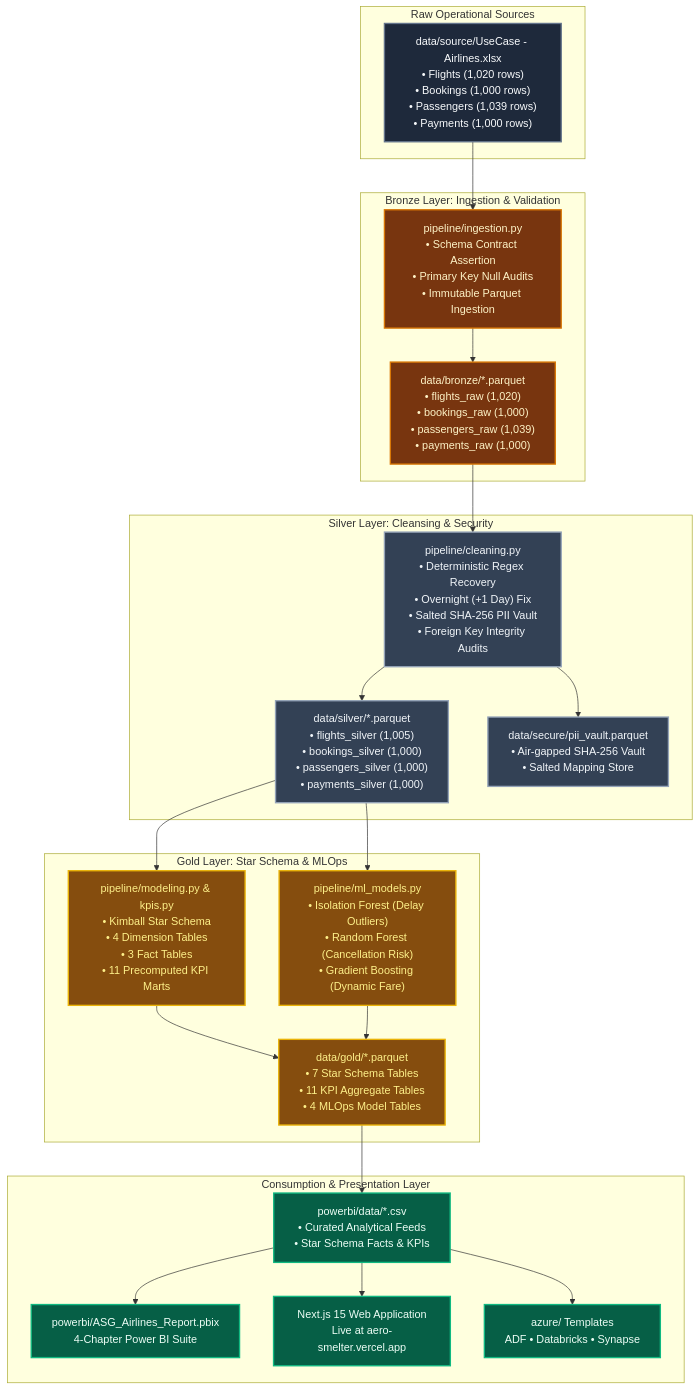
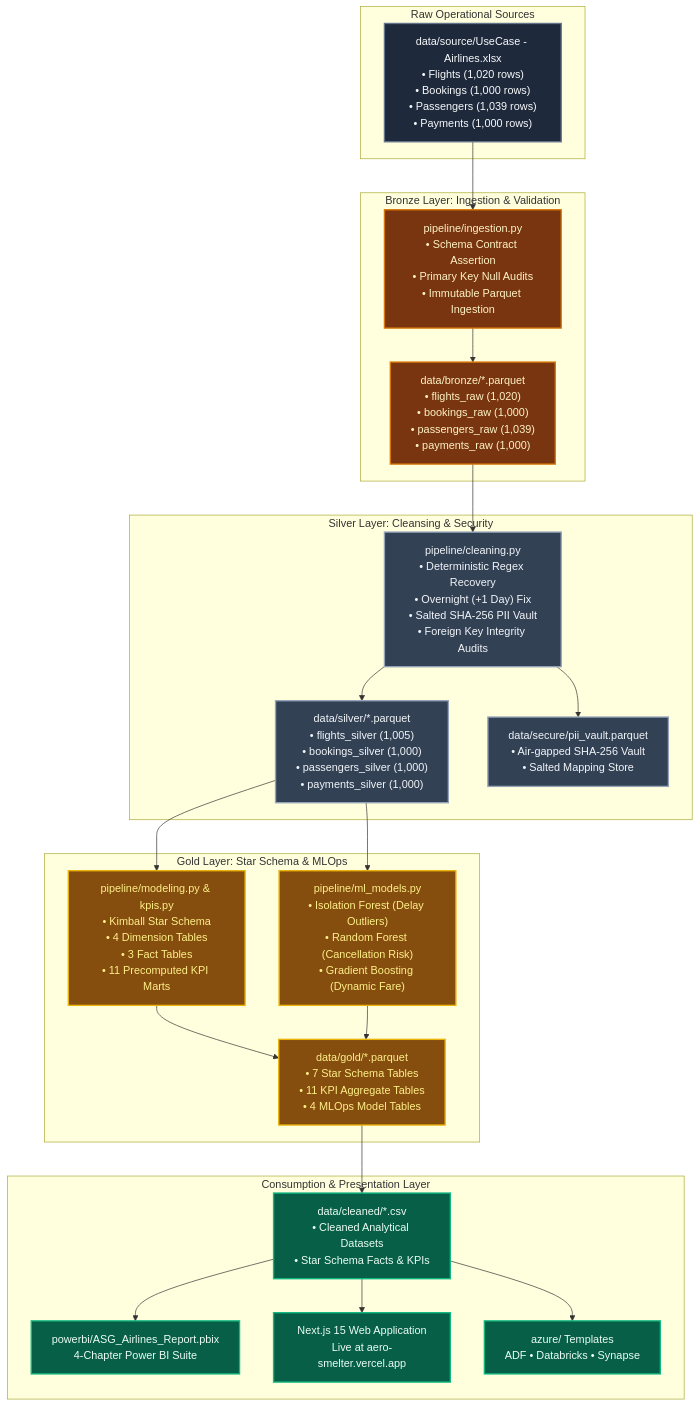
Before and after one commit to darshan-gowdaa/aero-smelter: the first of 6 diagrams in README.md, drawn with Mermaid. The commit also changed other lines of this file and 41 other files, not shown here.

````diff
--- a/README.md
+++ b/README.md
@@ -41,54 +42,54 @@
 ```mermaid
 graph TD
     subgraph S1["Raw Operational Sources"]
         EXCEL["data/source/UseCase - Airlines.xlsx<br/>• Flights (1,020 rows)<br/>• Bookings (1,000 rows)<br/>• Passengers (1,039 rows)<br/>• Payments (1,000 rows)"]
     end
 
     subgraph S2["Bronze Layer: Ingestion & Validation"]
         INGEST["pipeline/ingestion.py<br/>• Schema Contract Assertion<br/>• Primary Key Null Audits<br/>• Immutable Parquet Ingestion"]
         BRONZE_PARQUET["data/bronze/*.parquet<br/>• flights_raw (1,020)<br/>• bookings_raw (1,000)<br/>• passengers_raw (1,039)<br/>• payments_raw (1,000)"]
     end
 
     subgraph S3["Silver Layer: Cleansing & Security"]
         CLEAN["pipeline/cleaning.py<br/>• Deterministic Regex Recovery<br/>• Overnight (+1 Day) Fix<br/>• Salted SHA-256 PII Vault<br/>• Foreign Key Integrity Audits"]
         SILVER_PARQUET["data/silver/*.parquet<br/>• flights_silver (1,005)<br/>• bookings_silver (1,000)<br/>• passengers_silver (1,000)<br/>• payments_silver (1,000)"]
         VAULT["data/secure/pii_vault.parquet<br/>• Air-gapped SHA-256 Vault<br/>• Salted Mapping Store"]
     end
 
     subgraph S4["Gold Layer: Star Schema & MLOps"]
         MODEL["pipeline/modeling.py & kpis.py<br/>• Kimball Star Schema<br/>• 4 Dimension Tables<br/>• 3 Fact Tables<br/>• 11 Precomputed KPI Marts"]
         ML["pipeline/ml_models.py<br/>• Isolation Forest (Delay Outliers)<br/>• Random Forest (Cancellation Risk)<br/>• Gradient Boosting (Dynamic Fare)"]
         GOLD_PARQUET["data/gold/*.parquet<br/>• 7 Star Schema Tables<br/>• 11 KPI Aggregate Tables<br/>• 4 MLOps Model Tables"]
     end
 
     subgraph S5["Consumption & Presentation Layer"]
-        PBI_EXP["powerbi/data/*.csv<br/>• Curated Analytical Feeds<br/>• Star Schema Facts & KPIs"]
+        PBI_EXP["data/cleaned/*.csv<br/>• Cleaned Analytical Datasets<br/>• Star Schema Facts & KPIs"]
         PBI["powerbi/ASG_Airlines_Report.pbix<br/>4-Chapter Power BI Suite"]
         WEB["Next.js 15 Web Application<br/>Live at aero-smelter.vercel.app"]
         AZURE["azure/ Templates<br/>ADF • Databricks • Synapse"]
     end
 
     EXCEL --> INGEST --> BRONZE_PARQUET --> CLEAN
     CLEAN --> SILVER_PARQUET
     CLEAN --> VAULT
     SILVER_PARQUET --> MODEL
     SILVER_PARQUET --> ML
     MODEL --> GOLD_PARQUET
     ML --> GOLD_PARQUET
     GOLD_PARQUET --> PBI_EXP
     PBI_EXP --> PBI
     PBI_EXP --> WEB
     PBI_EXP --> AZURE
 
     classDef sourceStyle fill:#1E293B,stroke:#64748B,stroke-width:2px,color:#F8FAFC;
     classDef bronzeStyle fill:#78350F,stroke:#D97706,stroke-width:2px,color:#FEF3C7;
     classDef silverStyle fill:#334155,stroke:#94A3B8,stroke-width:2px,color:#F1F5F9;
     classDef goldStyle fill:#854D0E,stroke:#EAB308,stroke-width:2px,color:#FEF08A;
     classDef destStyle fill:#065F46,stroke:#10B981,stroke-width:2px,color:#ECFDF5;
 
     class EXCEL sourceStyle;
     class INGEST,BRONZE_PARQUET bronzeStyle;
     class CLEAN,SILVER_PARQUET,VAULT silverStyle;
     class MODEL,ML,GOLD_PARQUET goldStyle;
     class PBI_EXP,PBI,WEB,AZURE destStyle;
 ```
````
